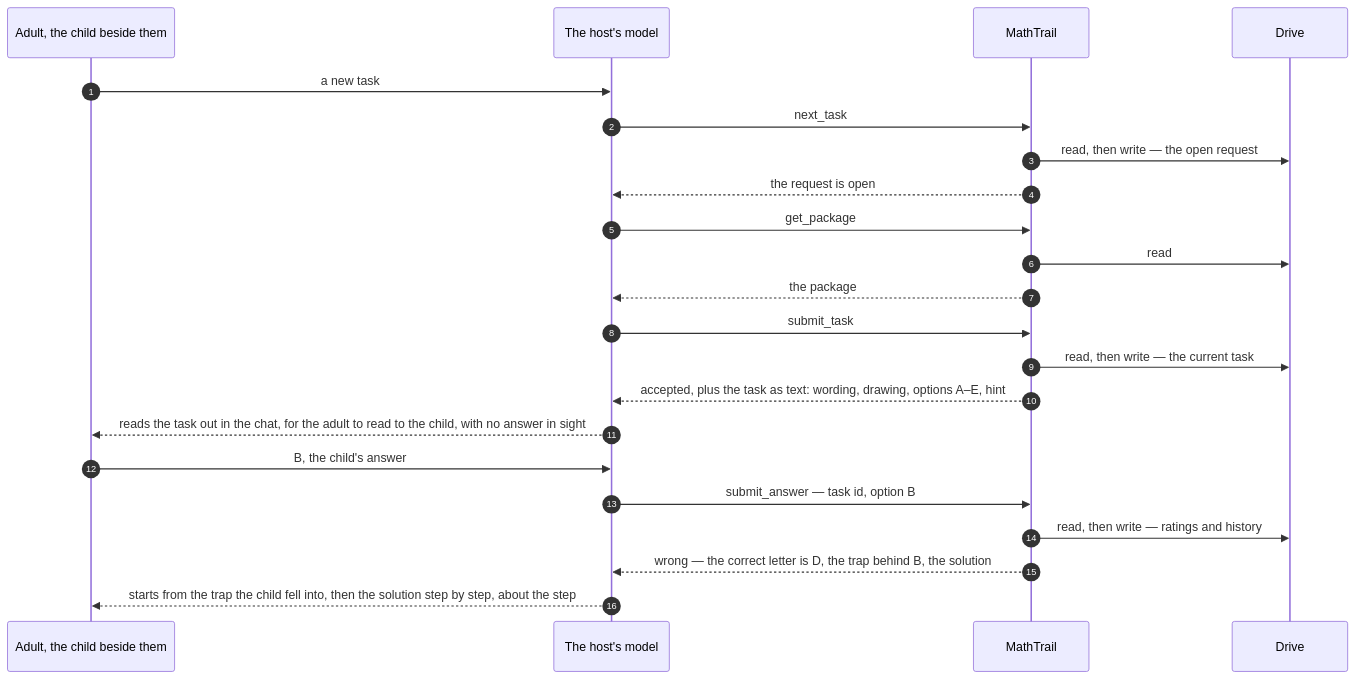
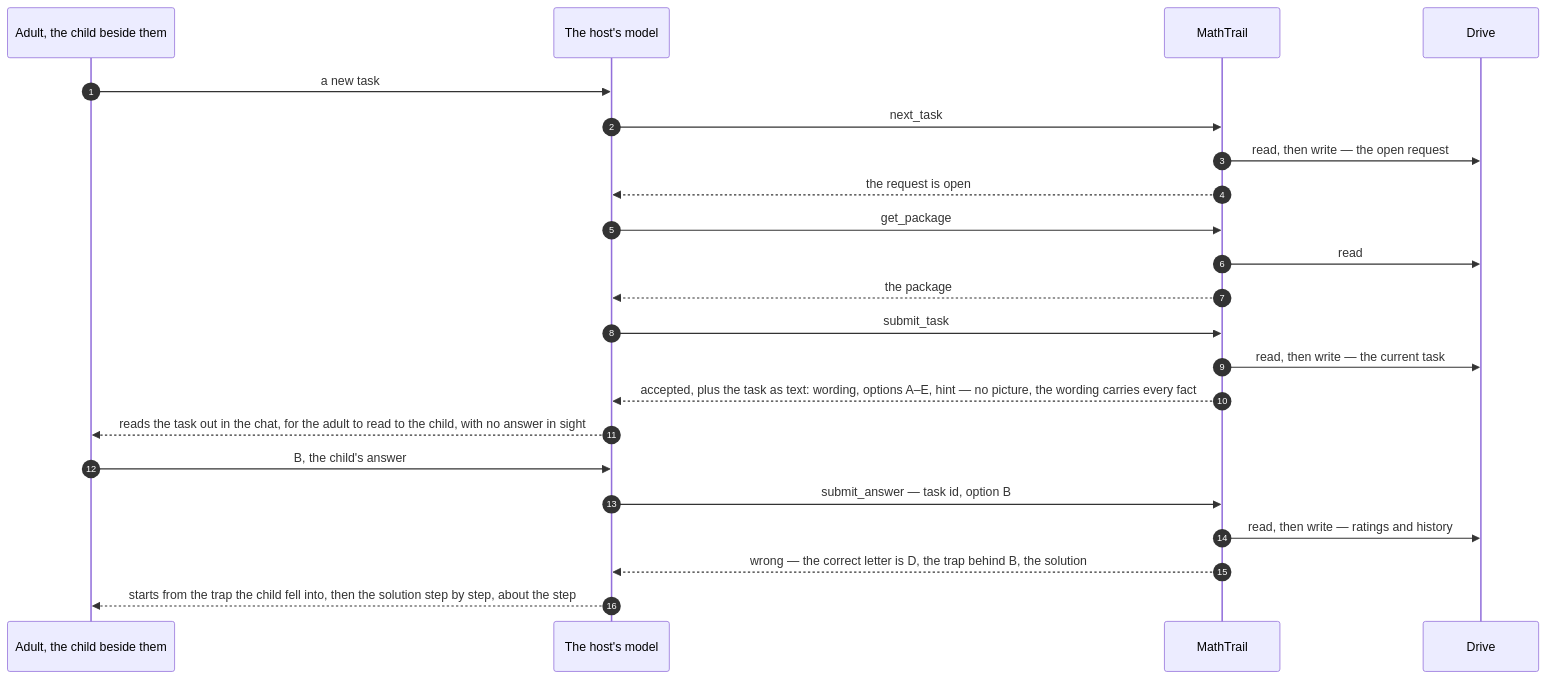
The fourth of 8 diagrams in docs/architecture/03-flows.md (MathTrail/mathtrail-standalone), drawn with Mermaid before and after one commit. The commit also changed other lines of this file and 173 other files, not shown here.

Commit message:
A task's picture is a description in one of twelve kinds, checked and kept by the service (T70.2, R271) (#113)

````diff
--- a/docs/architecture/03-flows.md
+++ b/docs/architecture/03-flows.md
@@ -164,25 +164,25 @@
 ```mermaid
 sequenceDiagram
     autonumber
     participant A as Adult, the child beside them
     participant M as The host's model
     participant MT as MathTrail
     participant D as Drive
 
     A->>M: a new task
     M->>MT: next_task
     MT->>D: read, then write — the open request
     MT-->>M: the request is open
     M->>MT: get_package
     MT->>D: read
     MT-->>M: the package
     M->>MT: submit_task
     MT->>D: read, then write — the current task
-    MT-->>M: accepted, plus the task as text: wording, drawing, options A–E, hint
+    MT-->>M: accepted, plus the task as text: wording, options A–E, hint — no picture, the wording carries every fact
     M-->>A: reads the task out in the chat, for the adult to read to the child, with no answer in sight
     A->>M: B, the child's answer
     M->>MT: submit_answer — task id, option B
     MT->>D: read, then write — ratings and history
     MT-->>M: wrong — the correct letter is D, the trap behind B, the solution
     M-->>A: starts from the trap the child fell into, then the solution step by step, about the step
 ```
````
